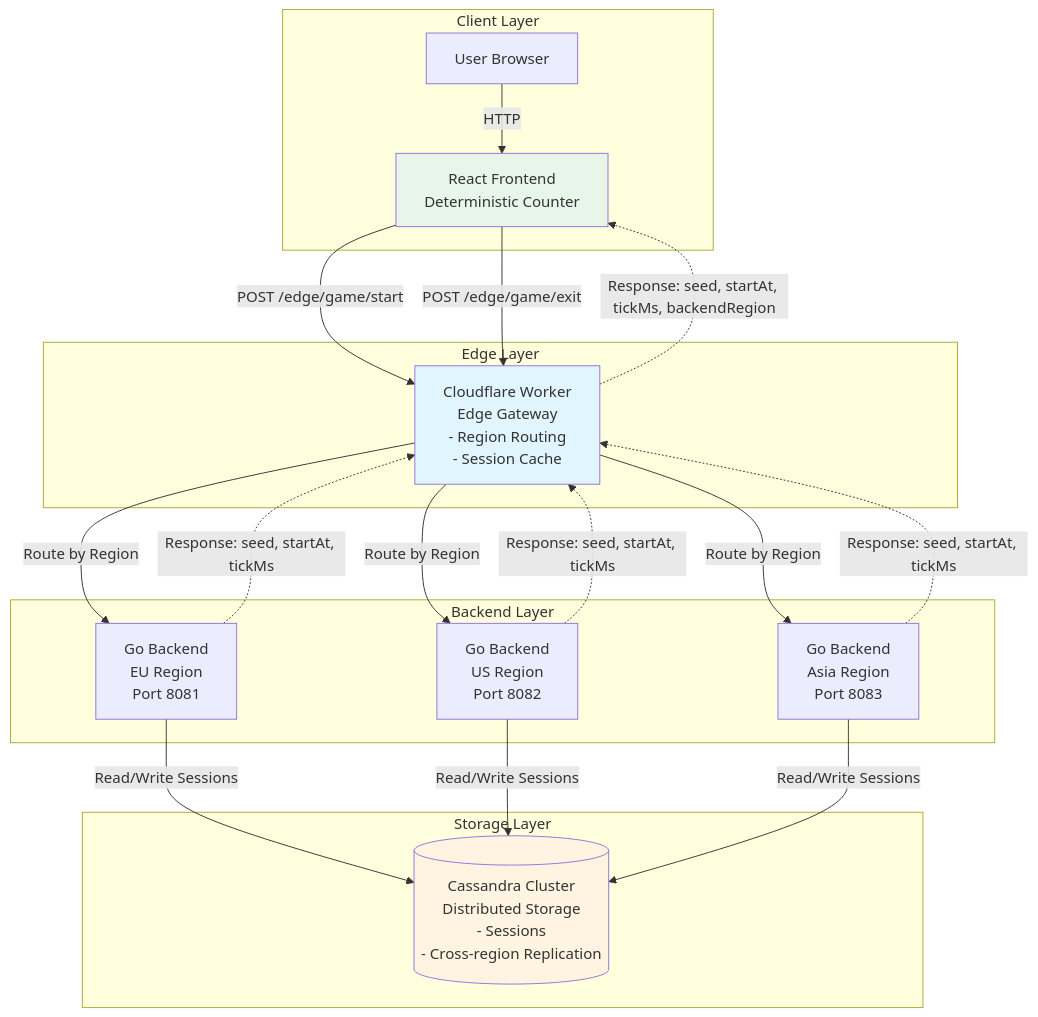
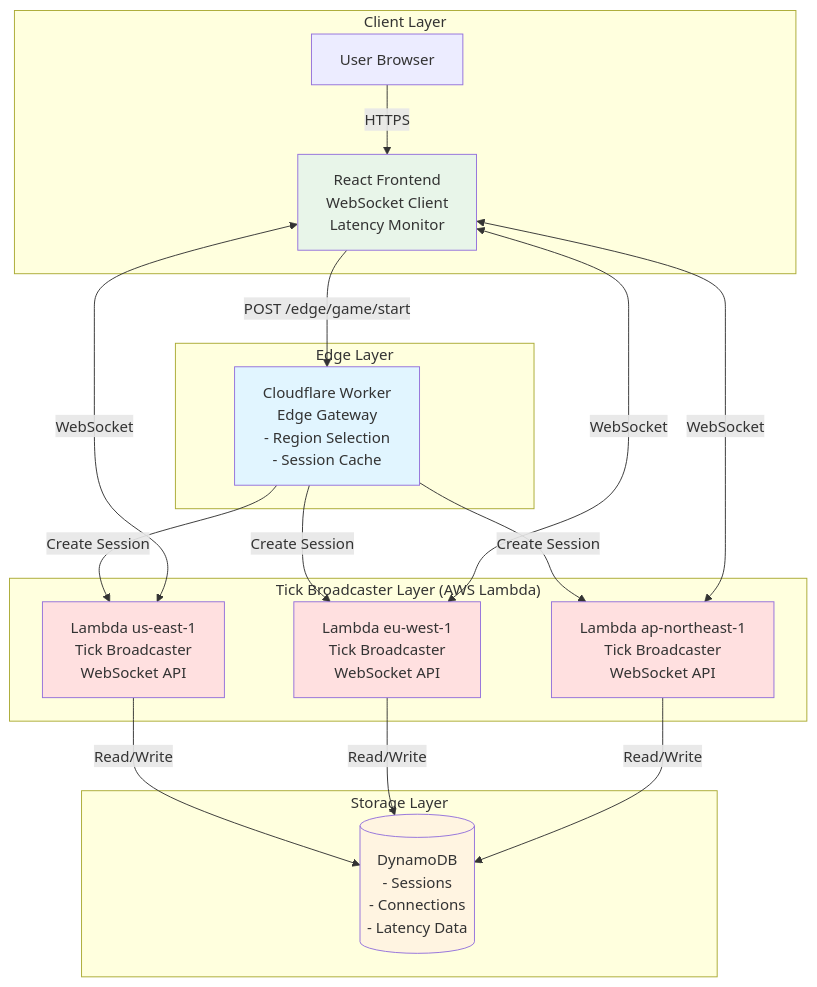
Before and after one commit to molkiya/distrubuted-game-mechanic: the first of 3 diagrams in ARCHITECTURE.md, drawn with Mermaid. The commit also changed other lines of this file and 29 other files, not shown here.

Commit message:
feat(micro-backend): Add new fuctionality to use AWS lambda microbackend for share ticks between geo-distributed clients

````diff
--- a/ARCHITECTURE.md
+++ b/ARCHITECTURE.md
@@ -29,43 +49,43 @@
 ```mermaid
 graph TB
     subgraph "Client Layer"
         User[User Browser]
-        React[React Frontend<br/>Deterministic Counter]
+        React[React Frontend<br/>WebSocket Client<br/>Latency Monitor]
     end
     
     subgraph "Edge Layer"
-        Edge[Cloudflare Worker<br/>Edge Gateway<br/>- Region Routing<br/>- Session Cache]
+        Edge[Cloudflare Worker<br/>Edge Gateway<br/>- Region Selection<br/>- Session Cache]
     end
     
-    subgraph "Backend Layer"
-        EU[Go Backend<br/>EU Region<br/>Port 8081]
-        US[Go Backend<br/>US Region<br/>Port 8082]
-        ASIA[Go Backend<br/>Asia Region<br/>Port 8083]
+    subgraph "Tick Broadcaster Layer (AWS Lambda)"
+        US[Lambda us-east-1<br/>Tick Broadcaster<br/>WebSocket API]
+        EU[Lambda eu-west-1<br/>Tick Broadcaster<br/>WebSocket API]
+        ASIA[Lambda ap-northeast-1<br/>Tick Broadcaster<br/>WebSocket API]
     end
     
     subgraph "Storage Layer"
-        Cassandra[(Cassandra Cluster<br/>Distributed Storage<br/>- Sessions<br/>- Cross-region Replication)]
+        DynamoDB[(DynamoDB<br/>- Sessions<br/>- Connections<br/>- Latency Data)]
     end
     
-    User -->|HTTP| React
+    User -->|HTTPS| React
     React -->|POST /edge/game/start| Edge
-    React -->|POST /edge/game/exit| Edge
     
-    Edge -->|Route by Region| EU
-    Edge -->|Route by Region| US
-    Edge -->|Route by Region| ASIA
+    Edge -->|Create Session| US
+    Edge -->|Create Session| EU
+    Edge -->|Create Session| ASIA
     
-    EU -->|Read/Write Sessions| Cassandra
-    US -->|Read/Write Sessions| Cassandra
-    ASIA -->|Read/Write Sessions| Cassandra
+    React <-->|WebSocket| US
+    React <-->|WebSocket| EU
+    React <-->|WebSocket| ASIA
     
-    EU -.->|Response: seed, startAt, tickMs| Edge
-    US -.->|Response: seed, startAt, tickMs| Edge
-    ASIA -.->|Response: seed, startAt, tickMs| Edge
-    
-    Edge -.->|Response: seed, startAt, tickMs, backendRegion| React
+    US -->|Read/Write| DynamoDB
+    EU -->|Read/Write| DynamoDB
+    ASIA -->|Read/Write| DynamoDB
     
     style Edge fill:#e1f5ff
-    style Cassandra fill:#fff4e1
+    style DynamoDB fill:#fff4e1
     style React fill:#e8f5e9
+    style US fill:#ffe0e0
+    style EU fill:#ffe0e0
+    style ASIA fill:#ffe0e0
 ```
````
